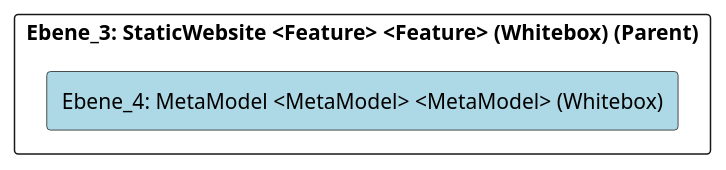
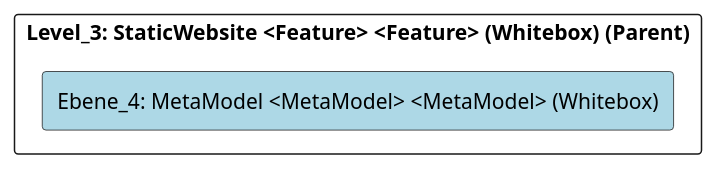
Before and after one commit to marcozwyssig/cleon: the diagram in doc/cleonproject_deliverables_architecture_model_architecture/adoc/de/05_bausteinsicht/cleon/publishing/staticwebsite/metamodel/ebene_4_metamodel.adoc, drawn with PlantUML. The commit also changed other lines of this file and 169 other files, not shown here.

```diff
--- a/doc/cleonproject_deliverables_architecture_model_architecture/adoc/de/05_bausteinsicht/cleon/publishing/staticwebsite/metamodel/ebene_4_metamodel.adoc
+++ b/doc/cleonproject_deliverables_architecture_model_architecture/adoc/de/05_bausteinsicht/cleon/publishing/staticwebsite/metamodel/ebene_4_metamodel.adoc
@@ -24,24 +24,24 @@
 [plantuml, Ebene_4: MetaModel <MetaModel> <MetaModel> (Whitebox)BlockOverview, format="svg"]
 ----
 @startuml Ebene_4: MetaModel <MetaModel> <MetaModel> (Whitebox)BuildingBlockOverview
 
 skinparam ranksep 10
 skinparam componentStyle rectangle
 skinparam shadowing false
 skinparam arrowColor lightblue
 skinparam arrowThickness 1.2
 skinparam rectangle {
   BackgroundColor White
   BorderColor #333
   RoundCorner 10
 }
 top to bottom direction
 
-component "Ebene_3: StaticWebsite <Feature> <Feature> (Whitebox) (Parent)" {
+component "Level_3: StaticWebsite <Feature> <Feature> (Whitebox) (Parent)" {
     component "Ebene_4: MetaModel <MetaModel> <MetaModel> (Whitebox)" #lightblue {
     }
 
 }
 
 @enduml
 ----
```
